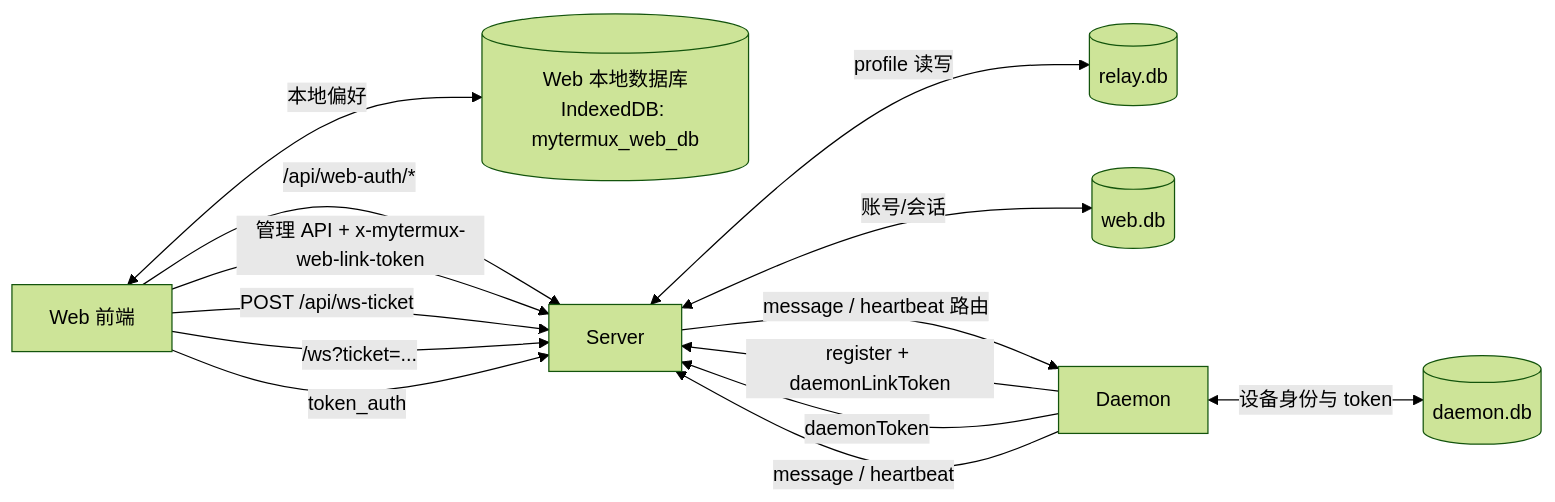
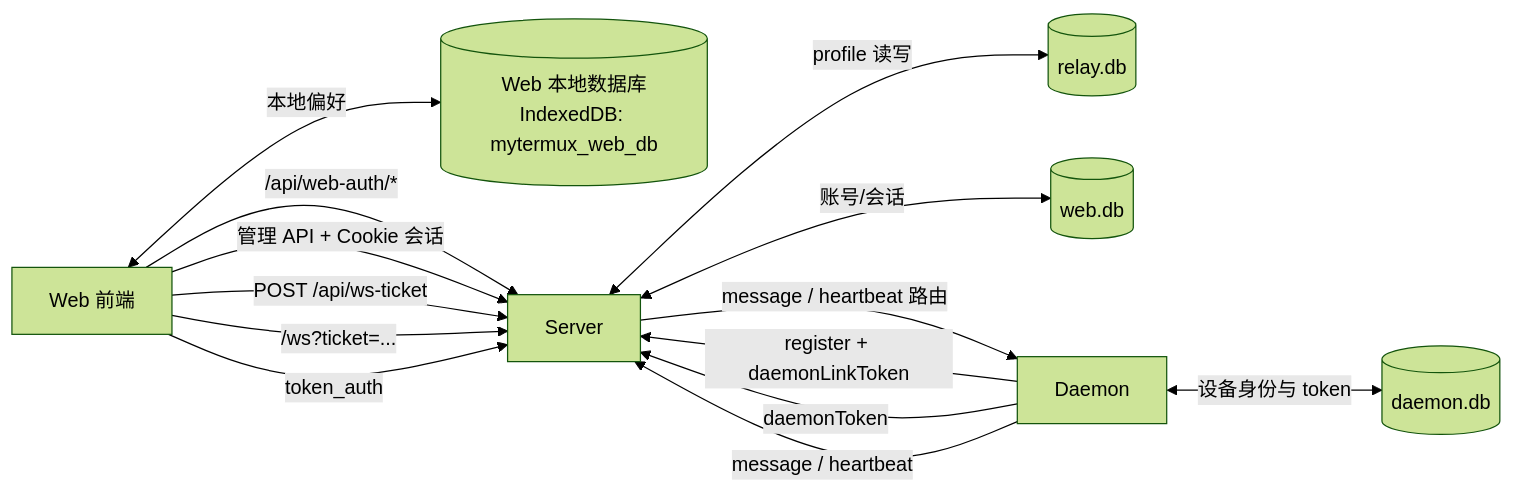
Before and after one commit to ShakaRover/MyTermux: the first of 3 diagrams in docs/SERVICE_PROTOCOL_FLOW.md, drawn with Mermaid (forest theme). The commit also changed other lines of this file and 37 other files, not shown here.

````diff
--- a/docs/SERVICE_PROTOCOL_FLOW.md
+++ b/docs/SERVICE_PROTOCOL_FLOW.md
@@ -9,25 +9,25 @@
 ```mermaid
 flowchart LR
   W[Web 前端]
   WB[(Web 本地数据库<br/>IndexedDB: mytermux_web_db)]
   R[Server]
   RB[(relay.db)]
   WA[(web.db)]
   D[Daemon]
   DB[(daemon.db)]
 
   W <-->|本地偏好| WB
   W -->|/api/web-auth/*| R
   R <-->|账号/会话| WA
-  W -->|管理 API + x-mytermux-web-link-token| R
+  W -->|管理 API + Cookie 会话| R
   R <-->|profile 读写| RB
   D -->|register + daemonLinkToken| R
   D -->|daemonToken| R
   D <-->|设备身份与 token| DB
 
   W -->|POST /api/ws-ticket| R
   W -->|/ws?ticket=...| R
   W -->|token_auth| R
   R -->|message / heartbeat 路由| D
   D -->|message / heartbeat| R
 ```
````
